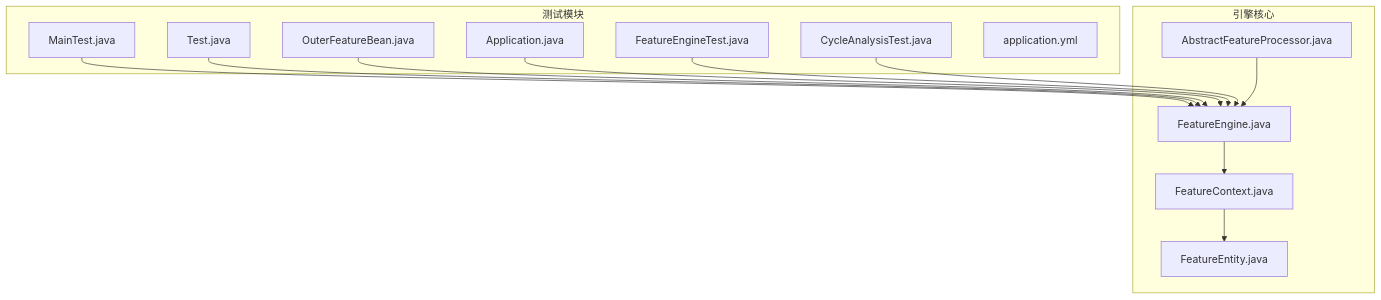
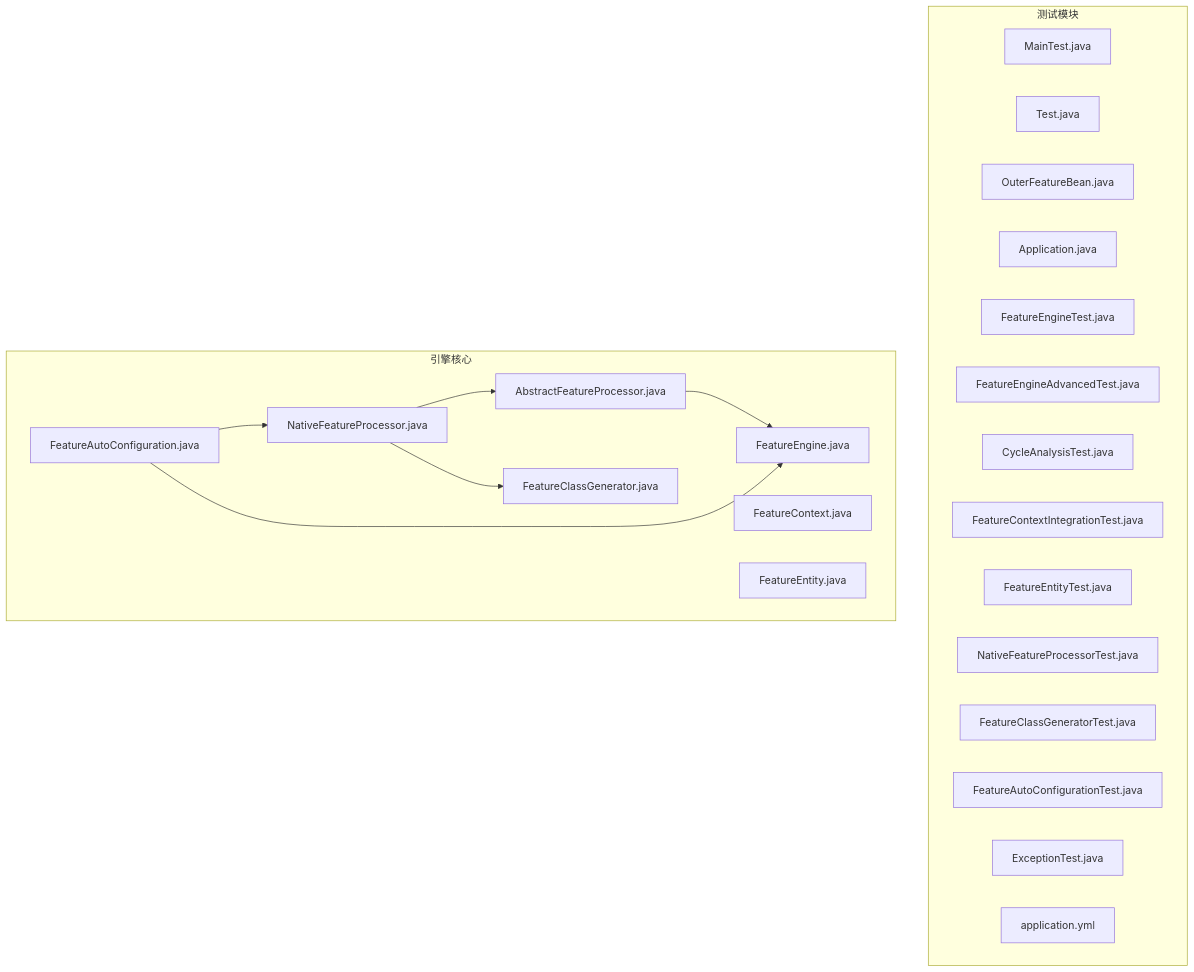
One commit to txzhanghuan/feature changed the first of 3 diagrams in .qoder/repowiki/zh/content/测试与调试.md. Above: the diagram before and after it, drawn with Mermaid. The commit also changed other lines of this file and 18 other files, not shown here.

First line of the commit message:
test(feature-engine): 扩展文档与新增高级功能测试覆盖

````diff
--- a/.qoder/repowiki/zh/content/测试与调试.md
+++ b/.qoder/repowiki/zh/content/测试与调试.md
@@ -49,27 +60,33 @@
 ```mermaid
 graph TB
 subgraph "测试模块"
 T1["MainTest.java"]
 T2["Test.java"]
 T3["OuterFeatureBean.java"]
 T4["Application.java"]
 T5["FeatureEngineTest.java"]
-T6["CycleAnalysisTest.java"]
+T6["FeatureEngineAdvancedTest.java"]
+T7["CycleAnalysisTest.java"]
+T8["FeatureContextIntegrationTest.java"]
+T9["FeatureEntityTest.java"]
+T10["NativeFeatureProcessorTest.java"]
+T11["FeatureClassGeneratorTest.java"]
+T12["FeatureAutoConfigurationTest.java"]
+T13["ExceptionTest.java"]
 CFG["application.yml"]
 end
 subgraph "引擎核心"
 E1["FeatureEngine.java"]
 C1["FeatureContext.java"]
 E2["FeatureEntity.java"]
 P1["AbstractFeatureProcessor.java"]
-T1 --> E1
-T2 --> E1
-T3 --> E1
-T4 --> E1
-T5 --> E1
-T6 --> E1
-E1 --> C1
-C1 --> E2
+NP["NativeFeatureProcessor.java"]
+FCG["FeatureClassGenerator.java"]
+FAC["FeatureAutoConfiguration.java"]
 P1 --> E1
+NP --> FCG
+NP --> P1
+FAC --> NP
+FAC --> E1
 end
 ```
````
